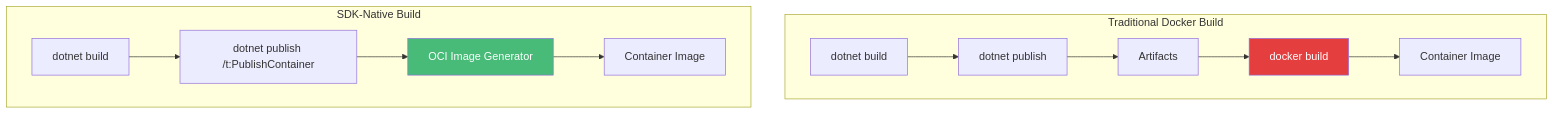
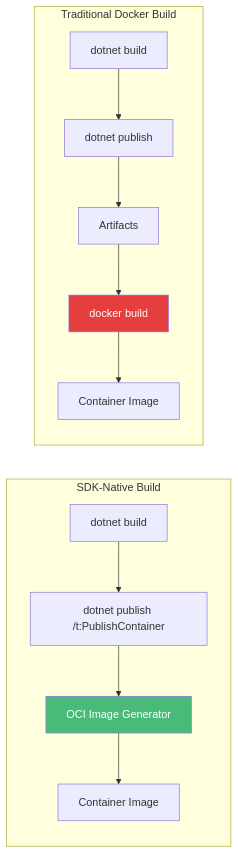
Before and after one commit to Vineet-Sharma-Medium-Stories/Medium-Build-Tool: the first of 4 diagrams in Publishing .NET 10 Apps as Container Images/.NET SDK Native Container Publishing: Building OCI Images Without Docker.md, drawn with Mermaid. The commit also changed other lines of this file and 67 other files, not shown here.

````diff
--- a/Publishing .NET 10 Apps as Container Images/.NET SDK Native Container Publishing: Building OCI Images Without Docker.md
+++ b/Publishing .NET 10 Apps as Container Images/.NET SDK Native Container Publishing: Building OCI Images Without Docker.md
@@ -11,18 +11,16 @@
 ```mermaid
-graph TD
+graph LR
+    subgraph "SDK-Native Build"
+        B1[dotnet build] --> B2[dotnet publish /t:PublishContainer]
+        B2 --> B3[OCI Image Generator]
+        B3 --> B4[Container Image]
+    end
     subgraph "Traditional Docker Build"
         A1[dotnet build] --> A2[dotnet publish]
         A2 --> A3[Artifacts]
         A3 --> A4[docker build]
         A4 --> A5[Container Image]
-    end
-    
-    subgraph "SDK-Native Build"
-        B1[dotnet build] --> B2[dotnet publish /t:PublishContainer]
-        B2 --> B3[OCI Image Generator]
-        B3 --> B4[Container Image]
-    end
-    
+    end  
     style A4 fill:#e53e3e,color:#fff
     style B3 fill:#48bb78,color:#fff
 ```
````
